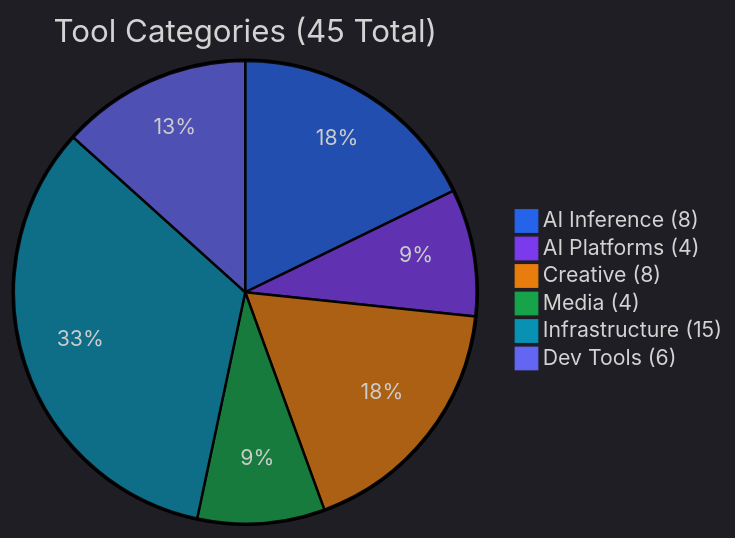
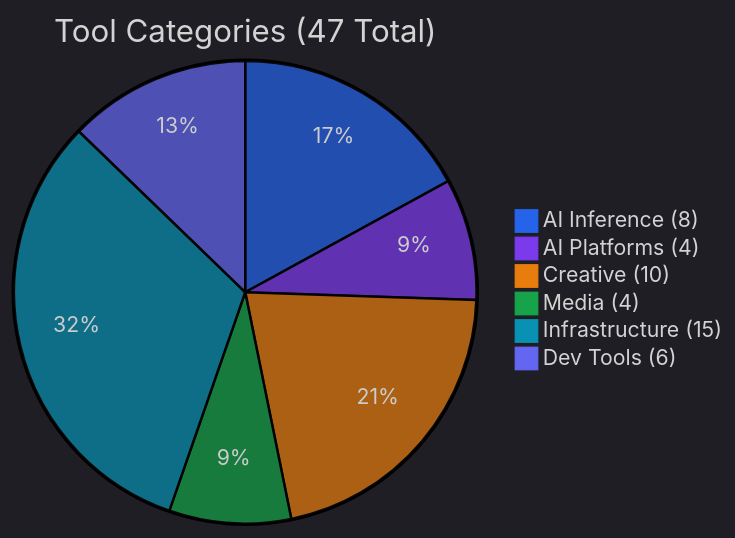
One commit to mvalancy/val-ark changed the diagram in docs/TOOLS.md. Above: the diagram before and after it, drawn with Mermaid. The commit also changed other lines of this file and 29 other files, not shown here.

````diff
--- a/docs/TOOLS.md
+++ b/docs/TOOLS.md
@@ -5,10 +5,10 @@
 ```mermaid
 %%{init: {'theme': 'dark', 'themeVariables': {'pie1': '#2563eb', 'pie2': '#7c3aed', 'pie3': '#e87d0d', 'pie4': '#16a34a', 'pie5': '#0891b2', 'pie6': '#6366f1'}}}%%
-pie title Tool Categories (45 Total)
+pie title Tool Categories (47 Total)
     "AI Inference (8)" : 8
     "AI Platforms (4)" : 4
-    "Creative (8)" : 8
+    "Creative (10)" : 10
     "Media (4)" : 4
     "Infrastructure (15)" : 15
     "Dev Tools (6)" : 6
 ```
````
